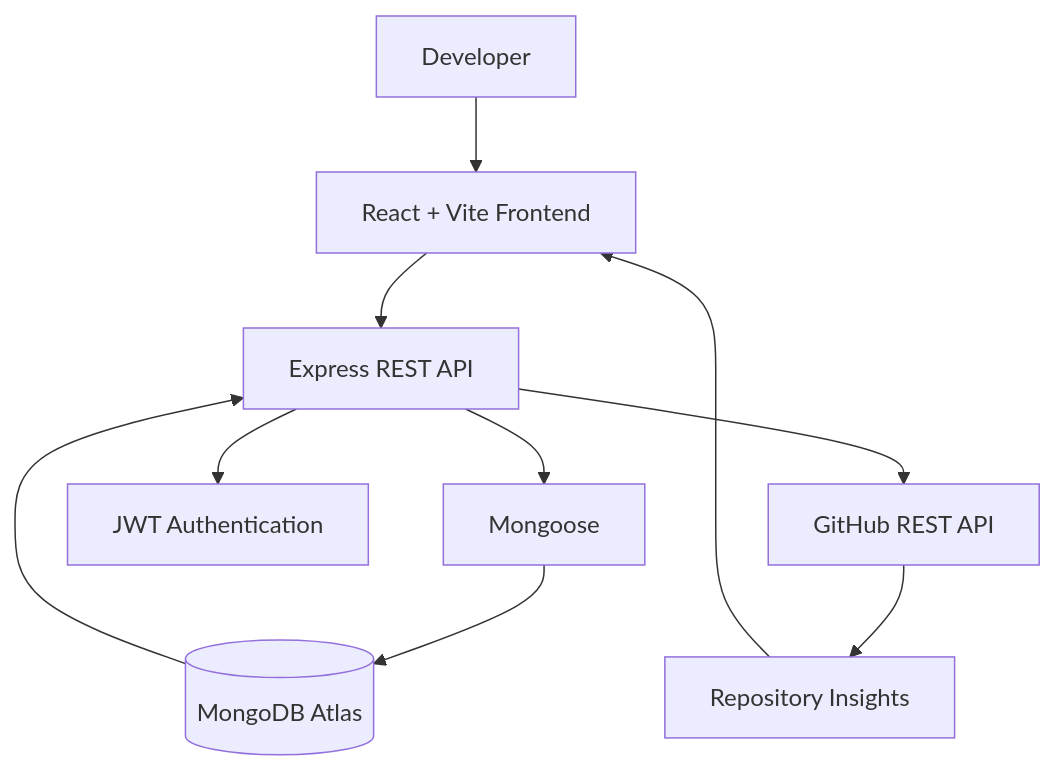
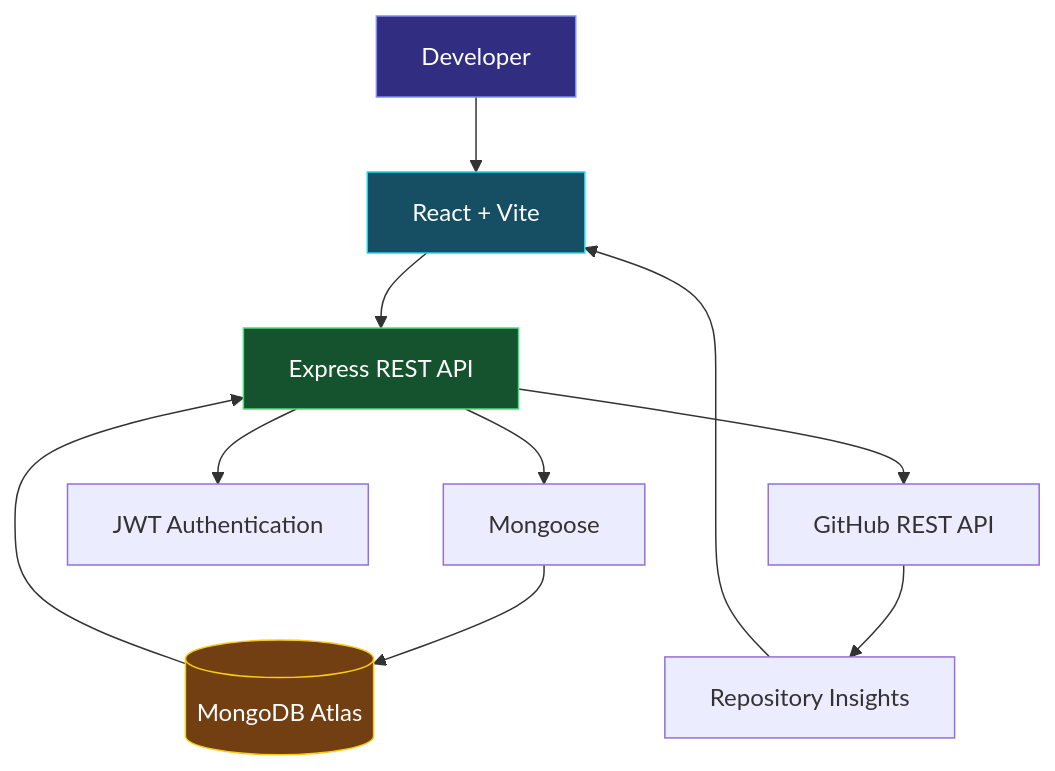
Before and after one commit to Priyanka170974/Priyanka170974: the diagram in README.md, drawn with Mermaid. The commit also changed other lines of this file, not shown here.

````diff
--- a/README.md
+++ b/README.md
@@ -60,12 +112,17 @@
 ```mermaid
 flowchart TD
-    A[Developer] --> B[React + Vite Frontend]
+    A[Developer] --> B[React + Vite]
     B --> C[Express REST API]
     C --> D[GitHub REST API]
     C --> E[JWT Authentication]
     C --> F[Mongoose]
     F --> G[(MongoDB Atlas)]
     D --> H[Repository Insights]
     G --> C
     H --> B
+
+    style A fill:#312e81,color:#ffffff,stroke:#818cf8
+    style B fill:#164e63,color:#ffffff,stroke:#22d3ee
+    style C fill:#14532d,color:#ffffff,stroke:#4ade80
+    style G fill:#713f12,color:#ffffff,stroke:#facc15
 ```
````
